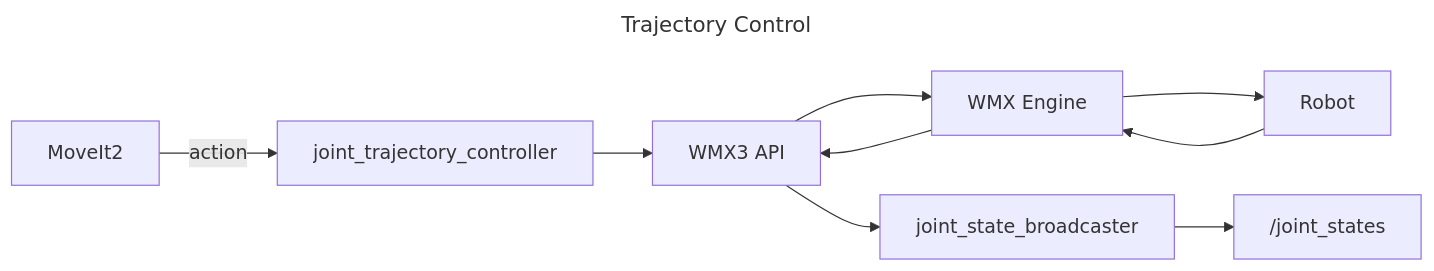
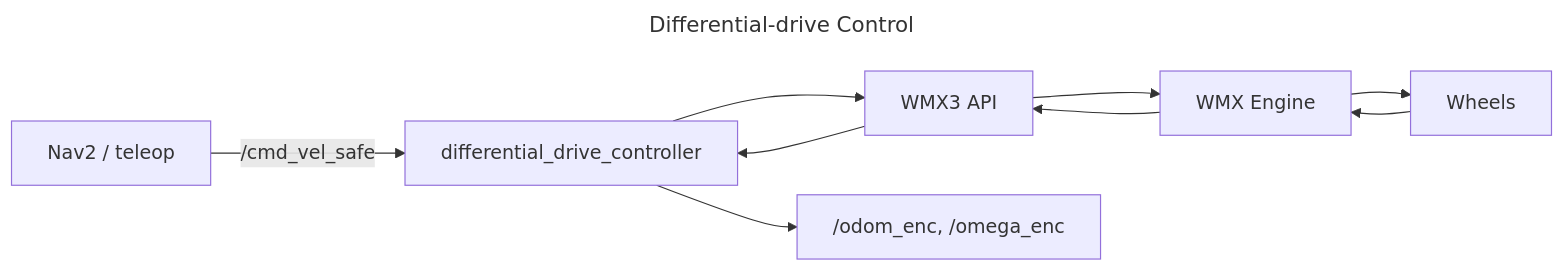
The third of 3 diagrams in README.md (movensys/wmx-r2), drawn with Mermaid before and after one commit. The commit also changed other lines of this file, not shown here.

````diff
--- a/README.md
+++ b/README.md
@@ -176,14 +214,14 @@
 ```mermaid
 ---
-title: Trajectory Control
+title: Differential-drive Control
 ---
 flowchart LR;
-    A["MoveIt2"] -->|action| B[joint_trajectory_controller];
+    A["Nav2 / teleop"] -->|"/cmd_vel_safe"| B[differential_drive_controller];
     B --> C[WMX3 API];
     C --> D[WMX Engine];
-    D --> E[Robot];
+    D --> E[Wheels];
     E --> D[WMX Engine];
     D --> C[WMX3 API];
-    C --> F[joint_state_broadcaster];
-    F --> G["/joint_states"];
+    C --> B;
+    B --> F["/odom_enc, /omega_enc"];
 ```
````
